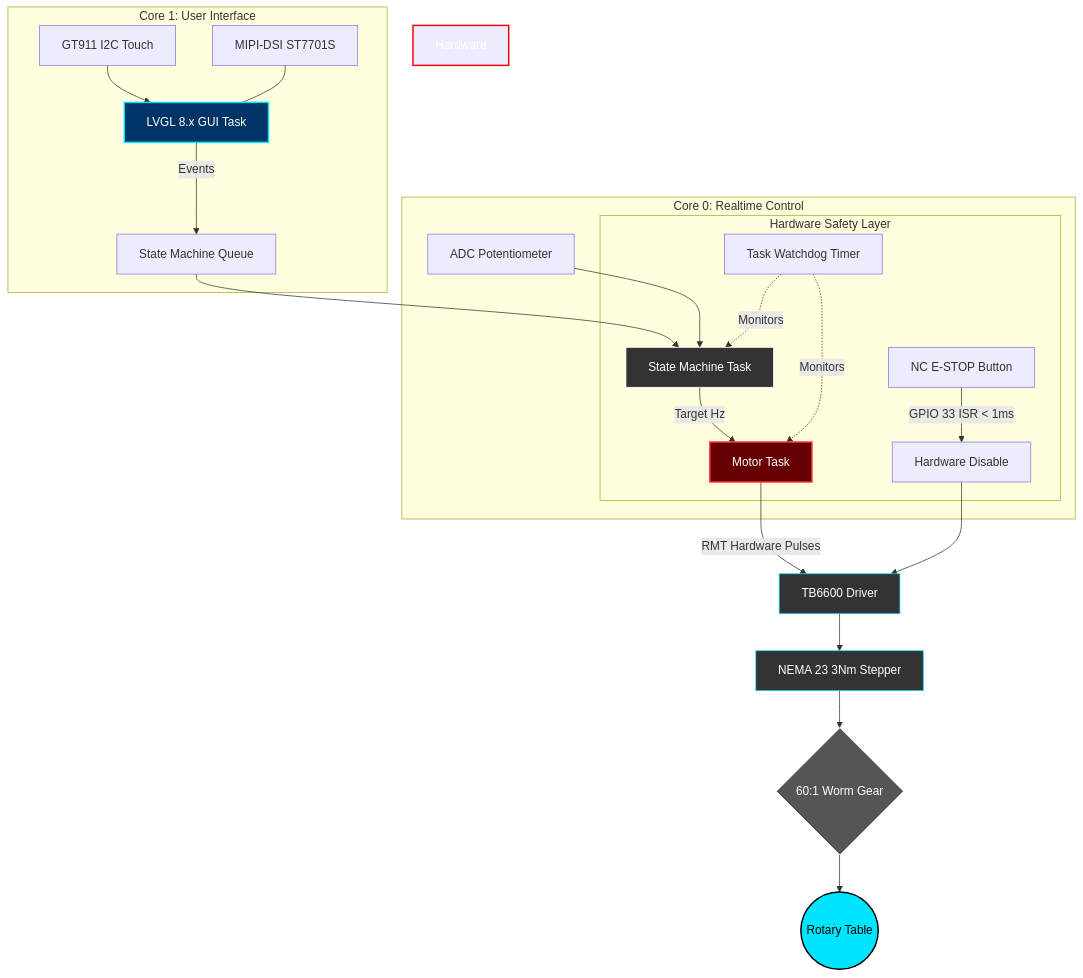
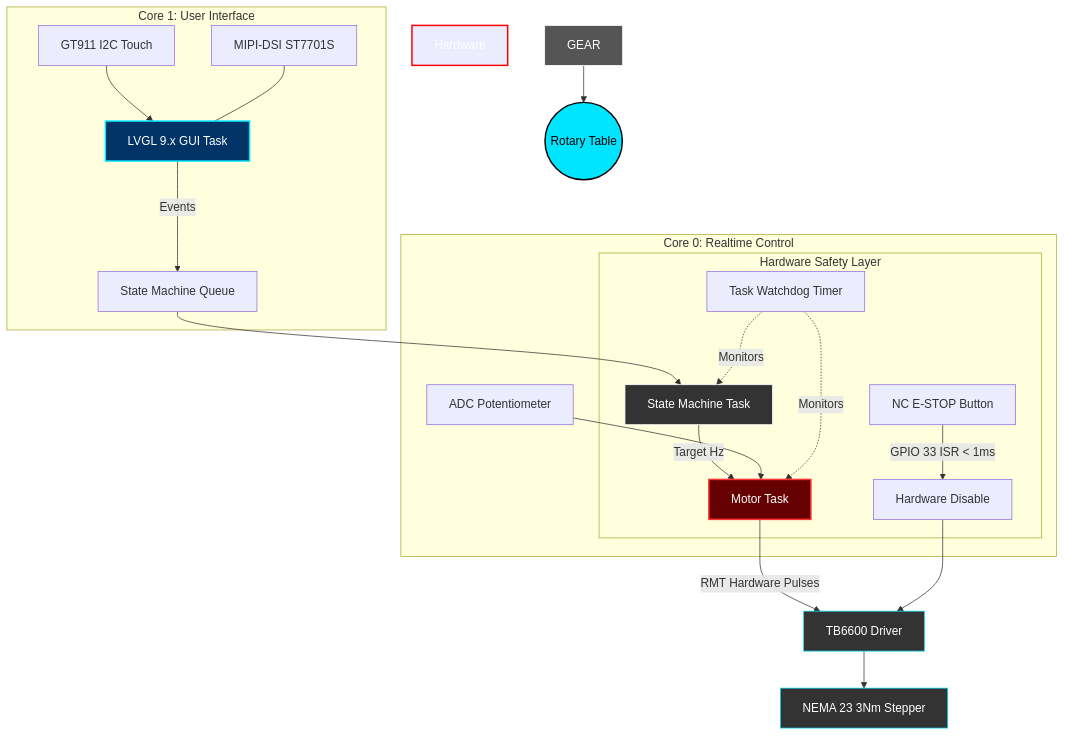
One commit to catorendal-a11y/DIY-Welding-Positioner-ESP32-P4 changed the diagram in README.md. Above: the diagram before and after it, drawn with Mermaid. The commit also changed other lines of this file and 16 other files, not shown here.

````diff
--- a/README.md
+++ b/README.md
@@ -86,35 +86,34 @@
 ```mermaid
 graph TD
     subgraph Core 1: User Interface
-        UI[LVGL 8.x GUI Task] -->|Events| Q[State Machine Queue]
+        UI[LVGL 9.x GUI Task] -->|Events| Q[State Machine Queue]
         Touch[GT911 I2C Touch] --> UI
         Disp[MIPI-DSI ST7701S] --- UI
     end
 
     subgraph Core 0: Realtime Control
         SM[State Machine Task] -->|Target Hz| Motor[Motor Task]
         Q --> SM
-        Pot[ADC Potentiometer] --> SM
+        Pot[ADC Potentiometer] --> Motor
         
         subgraph Hardware Safety Layer
             ESTOP[NC E-STOP Button] -->|GPIO 33 ISR < 1ms| ENA[Hardware Disable]
             WDT[Task Watchdog Timer] -.->|Monitors| SM
             WDT -.->|Monitors| Motor
         end
     end
 
     Motor -->|RMT Hardware Pulses| TB[TB6600 Driver]
     ENA --> TB
     TB --> N23[NEMA 23 3Nm Stepper]
-    N23 --> GEAR{60:1 Worm Gear}
     GEAR --> TABLE((Rotary Table))
 
     style UI fill:#003366,stroke:#00E5FF,stroke-width:2px,color:#fff
     style Motor fill:#660000,stroke:#FF3333,stroke-width:2px,color:#fff
     style SM fill:#333333,stroke:#fff,stroke-width:1px,color:#fff
     style Hardware Safety Layer fill:#1a0000,stroke:#FF0000,stroke-width:2px,color:#fff
     style TB fill:#333,stroke:#00E5FF,stroke-width:1px,color:#fff
     style N23 fill:#333,stroke:#00E5FF,stroke-width:1px,color:#fff
     style GEAR fill:#555,stroke:#fff,stroke-width:1px,color:#fff
     style TABLE fill:#00E5FF,stroke:#000,stroke-width:2px,color:#000
 ```
````
